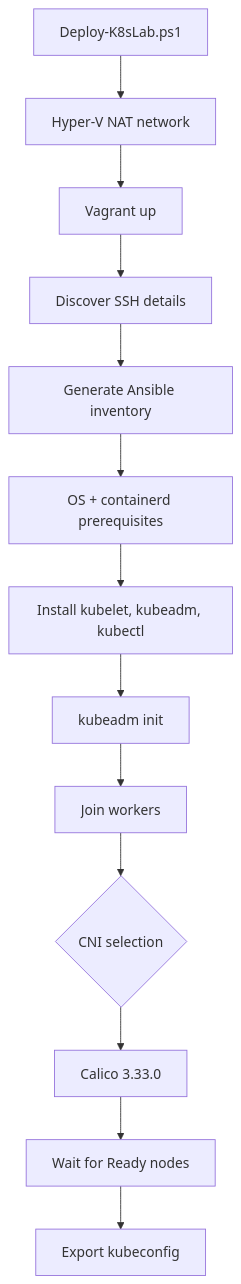
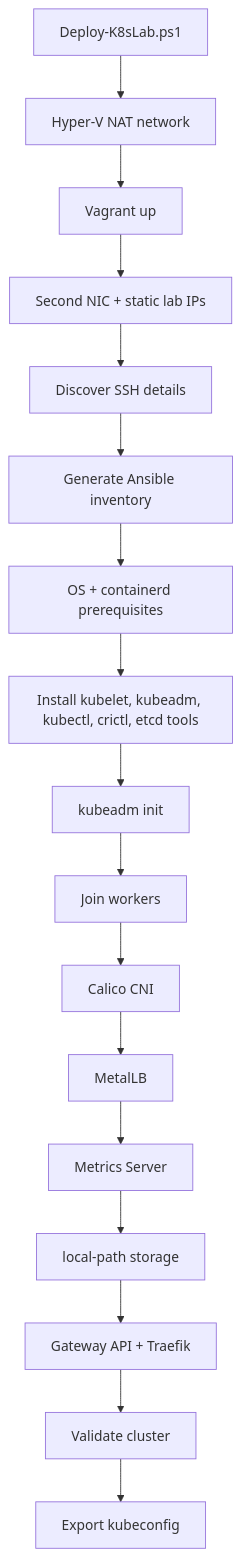
Before and after one commit to elmi70/k8s-hyperv-lab: the diagram in docs/kubernetes.md, drawn with Mermaid. The commit also changed other lines of this file and 19 other files, not shown here.

````diff
--- a/docs/kubernetes.md
+++ b/docs/kubernetes.md
@@ -3,15 +3,19 @@
 ```mermaid
 flowchart TD
  D[Deploy-K8sLab.ps1] --> N[Hyper-V NAT network]
  N --> V[Vagrant up]
- V --> I[Discover SSH details]
+ V --> NIC[Second NIC + static lab IPs]
+ NIC --> I[Discover SSH details]
  I --> G[Generate Ansible inventory]
  G --> A[OS + containerd prerequisites]
- A --> P[Install kubelet, kubeadm, kubectl]
+ A --> P[Install kubelet, kubeadm, kubectl, crictl, etcd tools]
  P --> K[kubeadm init]
  K --> J[Join workers]
- J --> S{CNI selection}
- S --> CA[Calico 3.33.0]
- CA --> R[Wait for Ready nodes]
+ J --> CA[Calico CNI]
+ CA --> LB[MetalLB]
+ LB --> MS[Metrics Server]
+ MS --> ST[local-path storage]
+ ST --> TR[Gateway API + Traefik]
+ TR --> R[Validate cluster]
  R --> E[Export kubeconfig]
 ```
````
